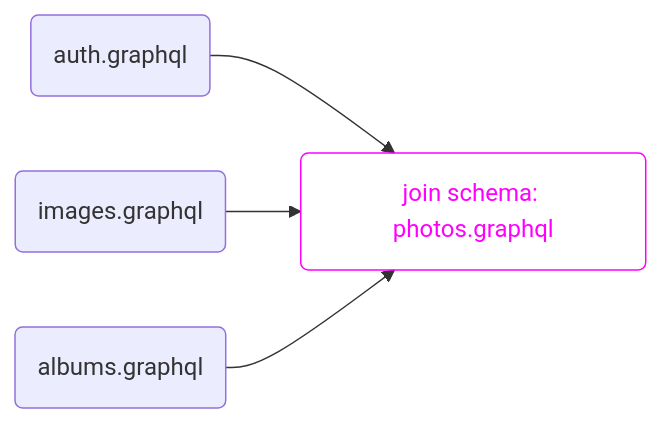
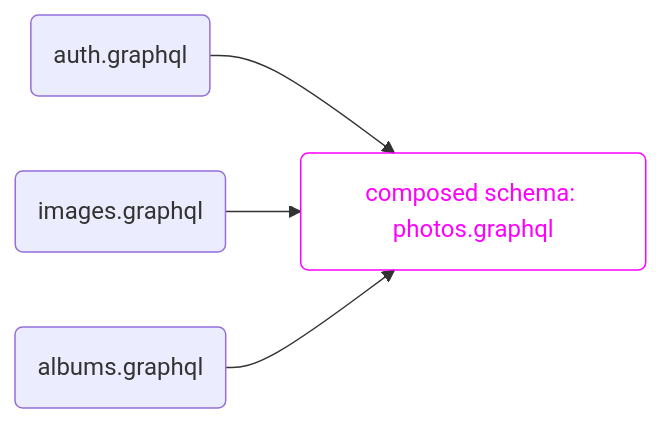
One commit to StephenBarlow/join changed the first of 2 diagrams in draft/pre-0/join.spec.md. Above: the diagram before and after it, drawn with Mermaid. The commit also changed other lines of this file and 6 other files, not shown here.

````diff
--- a/draft/pre-0/join.spec.md
+++ b/draft/pre-0/join.spec.md
@@ -14,7 +14,7 @@
 ```mermaid diagram -- Schema joining multiple subgraphs
 graph LR
-  s1(auth.graphql)-->core(join schema: photos.graphql)
+  s1(auth.graphql)-->core(composed schema: photos.graphql)
   s2(images.graphql)-->core
   s3(albums.graphql)-->core
   style core fill:none,stroke:fuchsia,color:fuchsia;
 ```
````
